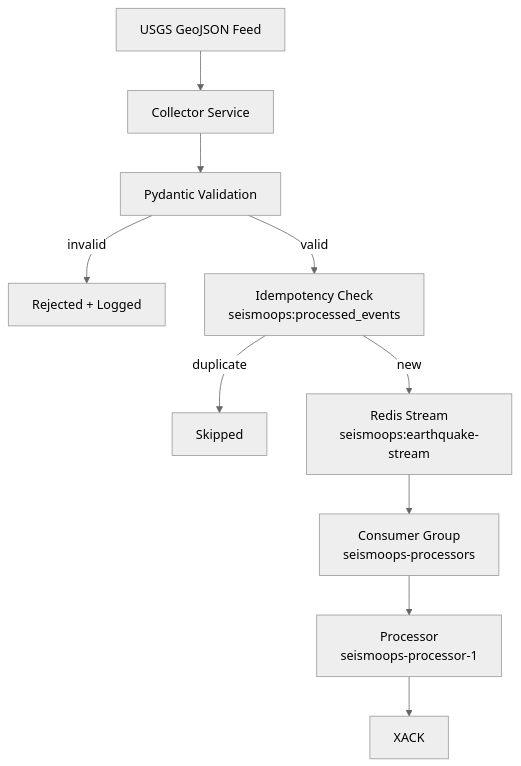
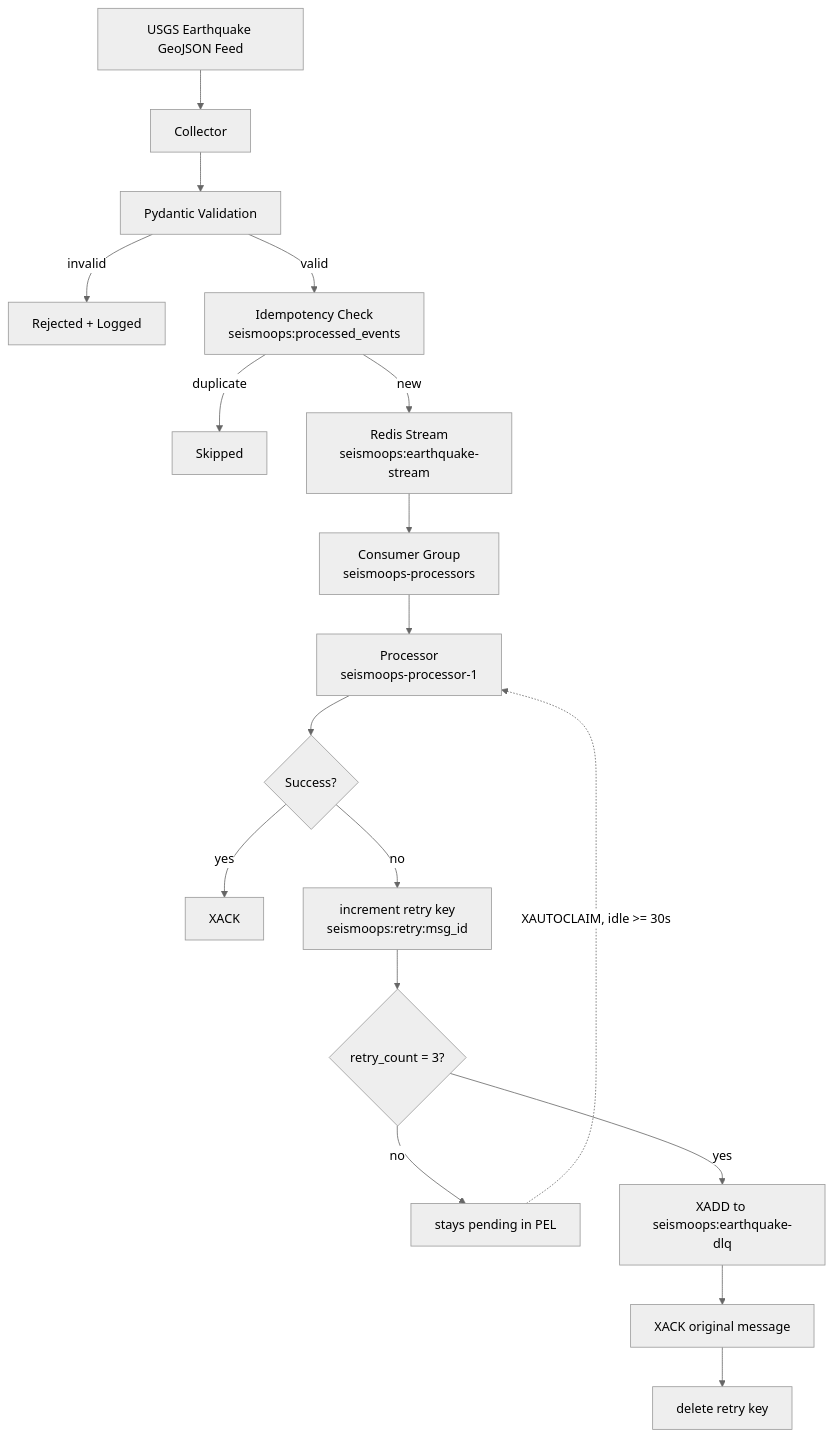
Before and after one commit to ShashiKaran-git/seismoops-platform: the diagram in README.md, drawn with Mermaid (neutral theme). The commit also changed other lines of this file, not shown here.

Commit message:
docs: update project architecture and documentation

````diff
--- a/README.md
+++ b/README.md
@@ -54,12 +18,20 @@
 ```mermaid
 flowchart TD
-    A[USGS GeoJSON Feed] --> B[Collector Service]
+    A[USGS Earthquake GeoJSON Feed] --> B[Collector]
     B --> C[Pydantic Validation]
     C -->|invalid| X[Rejected + Logged]
     C -->|valid| D[Idempotency Check<br/>seismoops:processed_events]
     D -->|duplicate| Y[Skipped]
     D -->|new| E[Redis Stream<br/>seismoops:earthquake-stream]
     E --> F[Consumer Group<br/>seismoops-processors]
     F --> G[Processor<br/>seismoops-processor-1]
-    G --> H[XACK]
+    G --> H{Success?}
+    H -->|yes| I[XACK]
+    H -->|no| J[increment retry key<br/>seismoops:retry:msg_id]
+    J --> K{retry_count = 3?}
+    K -->|no| L[stays pending in PEL]
+    L -.->|XAUTOCLAIM, idle >= 30s| G
+    K -->|yes| M[XADD to seismoops:earthquake-dlq]
+    M --> N[XACK original message]
+    N --> O[delete retry key]
 ```
````
